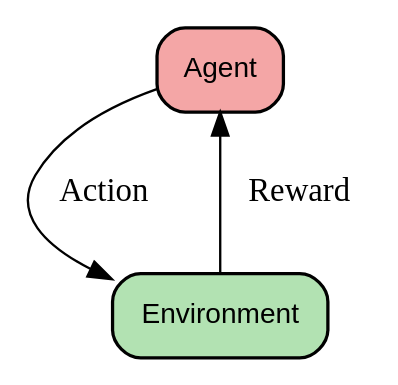
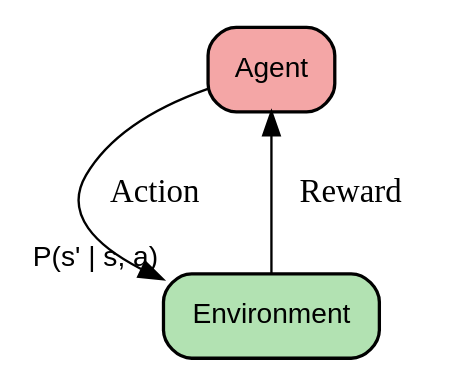
Before and after one commit to causify-ai/helpers: the second of 3 diagrams in .claude/templates/graphviz.template.md, drawn with Graphviz. The commit also changed other lines of this file and 4 other files, not shown here.

````diff
--- a/.claude/templates/graphviz.template.md
+++ b/.claude/templates/graphviz.template.md
@@ -52,15 +100,15 @@
-  ```graphviz
-  digraph AgentEnv {
-      splines=true;
-      nodesep=1.0;
-      ranksep=0.75;
+```graphviz
+digraph AgentEnv {
+    splines=true;
+    nodesep=1.0;
+    ranksep=0.75;
 
-      node [shape=box, style="rounded,filled", fontname="Helvetica", fontsize=12, penwidth=1.4];
+    node [shape=box, style="rounded,filled", fontname="Helvetica", fontsize=12, penwidth=1.4];
 
-      Agent [label="Agent", fillcolor="#F4A6A6"];
-      Env [label="Environment", fillcolor="#B2E2B2"];
+    Agent [label="Agent", fillcolor="#F4A6A6"];
+    Env   [label="Environment", fillcolor="#B2E2B2", xlabel="P(s' | s, a)"];
 
-      Agent -> Env [label="  Action"];
-      Env -> Agent [label="  Reward"];
-  }
-  ```
+    Agent -> Env [label="  Action"];
+    Env -> Agent [label="  Reward"];
+}
+```
````
